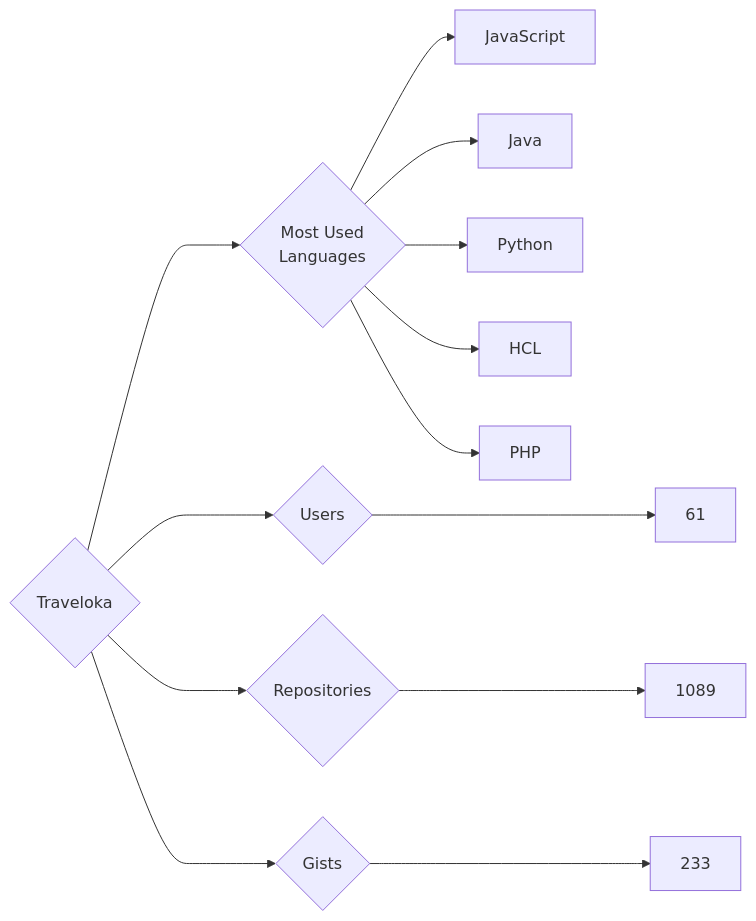
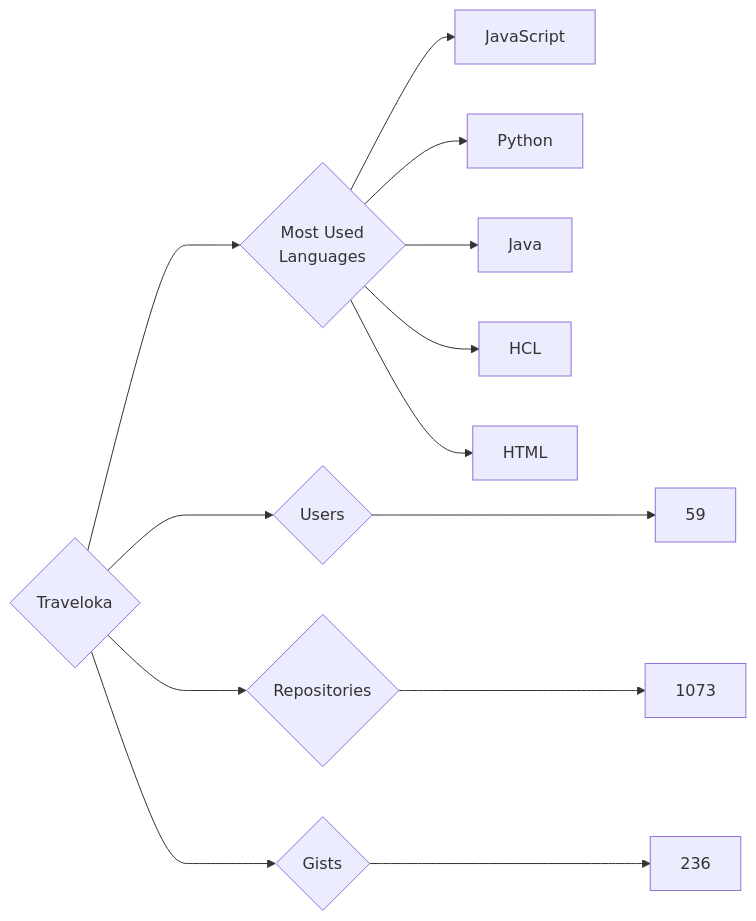
One commit to trickest/insiders changed the diagram in targets/Traveloka/README.md. Above: the diagram before and after it, drawn with Mermaid. The commit also changed 948 other files, not shown here.

````diff
--- a/targets/Traveloka/README.md
+++ b/targets/Traveloka/README.md
@@ -3,13 +3,13 @@
 ```mermaid
 graph LR
 COMPANY_NAME{Traveloka}
-COMPANY_NAME ---> U{Users} ---> UN[61]
-COMPANY_NAME ---> R{Repositories} ---> RN[1089]
-COMPANY_NAME ---> G{Gists} ---> GN[233]
+COMPANY_NAME ---> U{Users} ---> UN[59]
+COMPANY_NAME ---> R{Repositories} ---> RN[1073]
+COMPANY_NAME ---> G{Gists} ---> GN[236]
 COMPANY_NAME ---> ML{Most Used<br>Languages}
 ML --> JavaScript[JavaScript]
+ML --> Python[Python]
 ML --> Java[Java]
-ML --> Python[Python]
 ML --> HCL[HCL]
-ML --> PHP[PHP]
+ML --> HTML[HTML]
 ```
````
